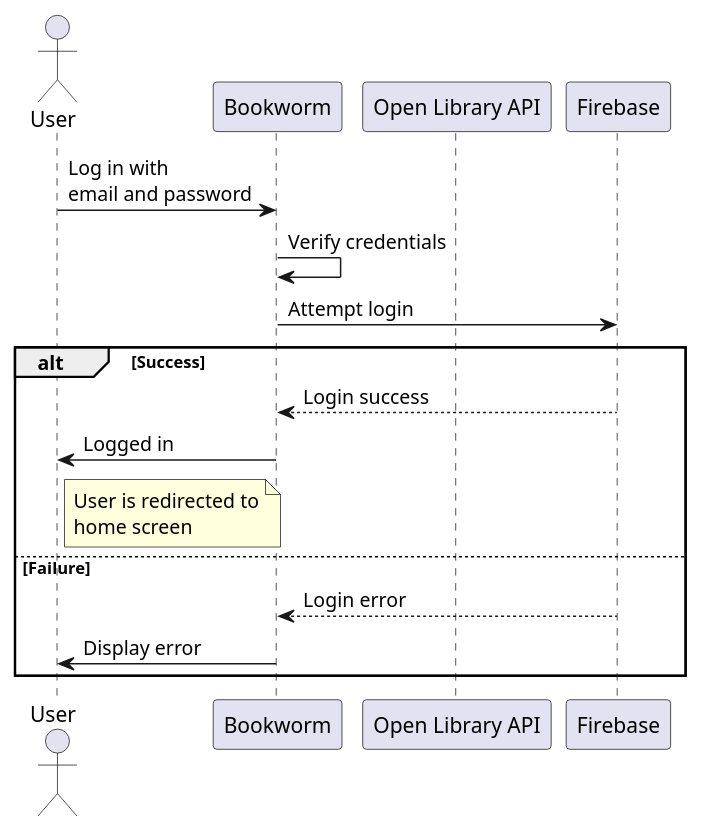
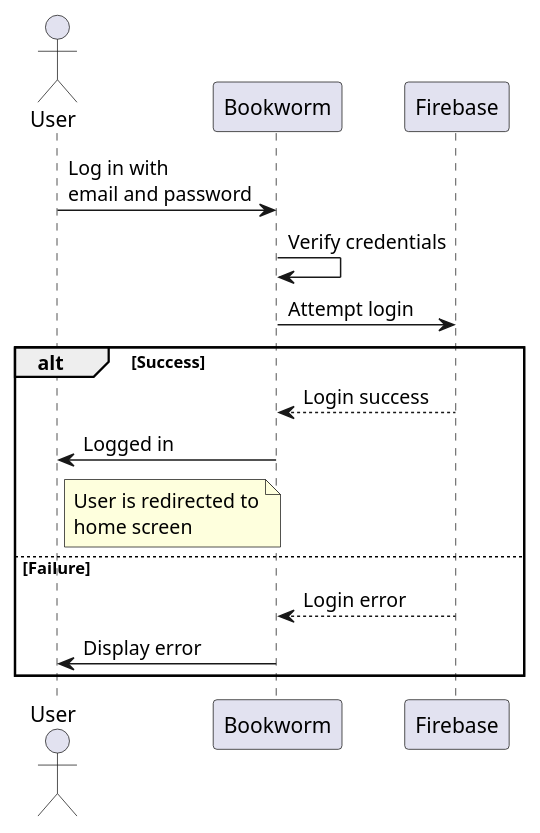
Before and after one commit to elenavarbanova/bookworm: the diagram in UML_DIagrams/login_sequence_diagram.plantuml, drawn with PlantUML. The commit also changed 7 other files, not shown here.

Commit message:
Adding sequence diagram codes

```diff
--- a/UML_DIagrams/login_sequence_diagram.plantuml
+++ b/UML_DIagrams/login_sequence_diagram.plantuml
@@ -1,24 +1,23 @@
 @startuml
 
 actor User
 participant App as "Bookworm"
-participant API as "Open Library API"
 
 User -> App: Log in with\nemail and password
 App -> App: Verify credentials
 App -> Firebase: Attempt login
 
 alt Success
 
     Firebase --> App: Login success
     User <- App: Logged in
     note right of User: User is redirected to\nhome screen
 
 else Failure
 
     Firebase --> App: Login error
     User <- App: Display error
 
 end
 
 @enduml
```
